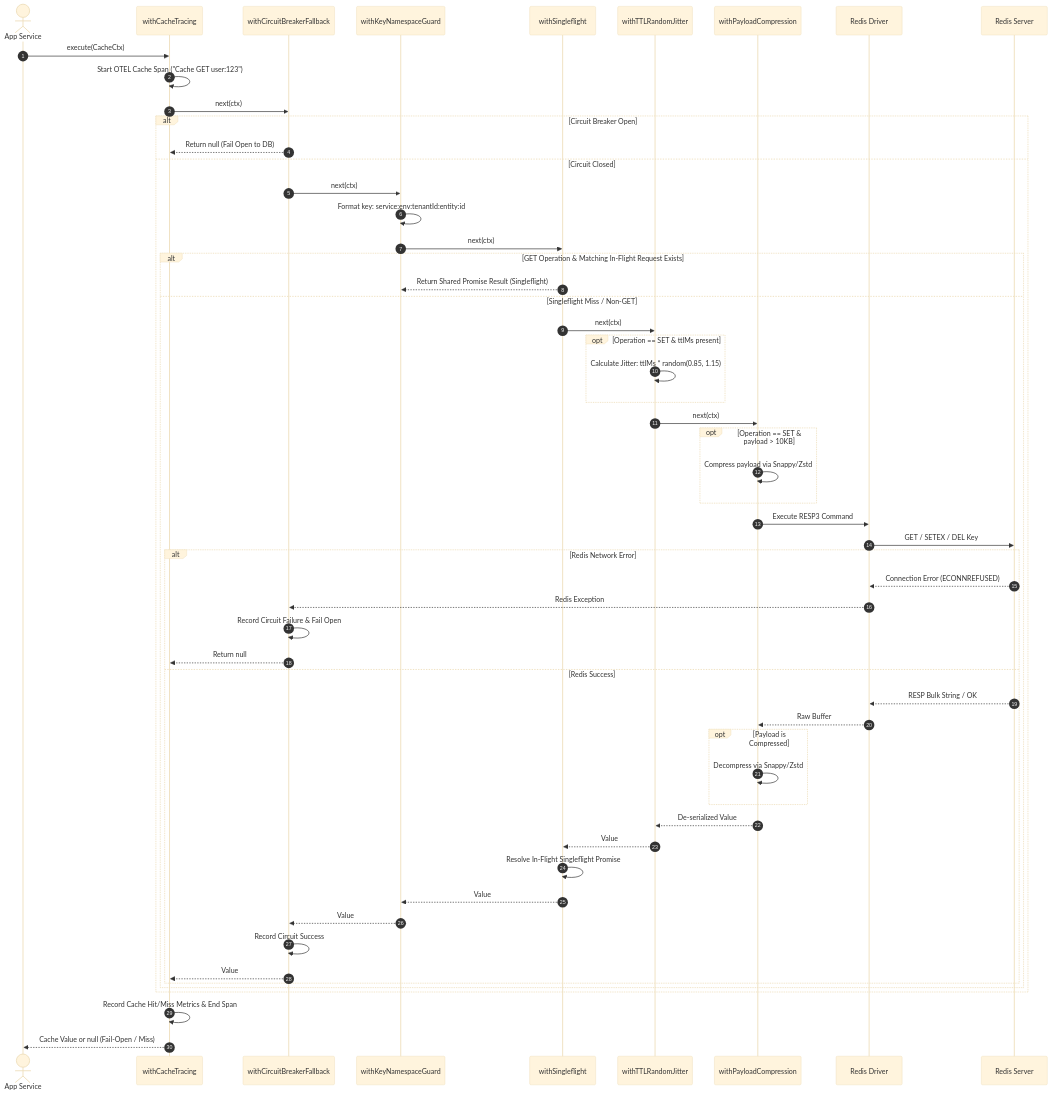
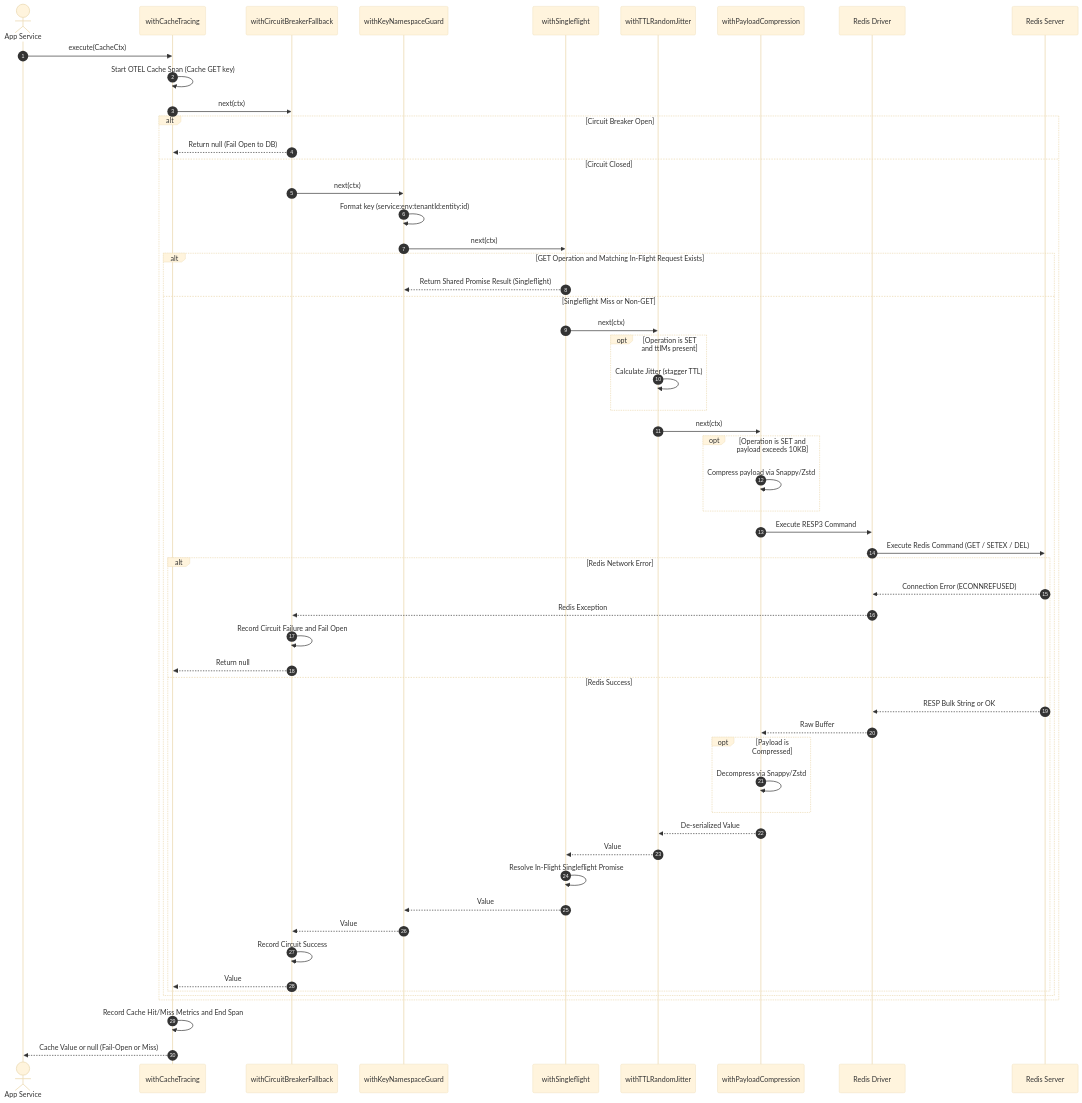
Before and after one commit to Chief-Strategist-J/llm-observability-platform: the third of 3 diagrams in policies/rules/codeQuality/middleware/cache-redis-middleware.md, drawn with Mermaid (base theme). The commit also changed other lines of this file and 5 other files, not shown here.

Commit message:
fix(docs): resolve Mermaid rendering syntax errors in all 6 middleware reference sequence diagrams

````diff
--- a/policies/rules/codeQuality/middleware/cache-redis-middleware.md
+++ b/policies/rules/codeQuality/middleware/cache-redis-middleware.md
@@ -118,59 +118,59 @@
 ```mermaid
 sequenceDiagram
     autonumber
     actor Service as App Service
     participant Tracing as withCacheTracing
     participant CB as withCircuitBreakerFallback
     participant NS as withKeyNamespaceGuard
     participant SF as withSingleflight
     participant Jitter as withTTLRandomJitter
     participant Comp as withPayloadCompression
     participant Driver as Redis Driver
     participant Redis as Redis Server
 
     Service->>Tracing: execute(CacheCtx)
-    Tracing->>Tracing: Start OTEL Cache Span ("Cache GET user:123")
+    Tracing->>Tracing: Start OTEL Cache Span (Cache GET key)
     Tracing->>CB: next(ctx)
     alt Circuit Breaker Open
         CB-->>Tracing: Return null (Fail Open to DB)
     else Circuit Closed
         CB->>NS: next(ctx)
-        NS->>NS: Format key: service:env:tenantId:entity:id
+        NS->>NS: Format key (service:env:tenantId:entity:id)
         NS->>SF: next(ctx)
-        alt GET Operation & Matching In-Flight Request Exists
+        alt GET Operation and Matching In-Flight Request Exists
             SF-->>NS: Return Shared Promise Result (Singleflight)
-        else Singleflight Miss / Non-GET
+        else Singleflight Miss or Non-GET
             SF->>Jitter: next(ctx)
-            opt Operation == SET & ttlMs present
-                Jitter->>Jitter: Calculate Jitter: ttlMs * random(0.85, 1.15)
+            opt Operation is SET and ttlMs present
+                Jitter->>Jitter: Calculate Jitter (stagger TTL)
             end
             Jitter->>Comp: next(ctx)
-            opt Operation == SET & payload > 10KB
+            opt Operation is SET and payload exceeds 10KB
                 Comp->>Comp: Compress payload via Snappy/Zstd
             end
             Comp->>Driver: Execute RESP3 Command
-            Driver->>Redis: GET / SETEX / DEL Key
+            Driver->>Redis: Execute Redis Command (GET / SETEX / DEL)
             alt Redis Network Error
                 Redis-->>Driver: Connection Error (ECONNREFUSED)
                 Driver-->>CB: Redis Exception
-                CB->>CB: Record Circuit Failure & Fail Open
+                CB->>CB: Record Circuit Failure and Fail Open
                 CB-->>Tracing: Return null
             else Redis Success
-                Redis-->>Driver: RESP Bulk String / OK
+                Redis-->>Driver: RESP Bulk String or OK
                 Driver-->>Comp: Raw Buffer
                 opt Payload is Compressed
                     Comp->>Comp: Decompress via Snappy/Zstd
                 end
                 Comp-->>Jitter: De-serialized Value
                 Jitter-->>SF: Value
                 SF->>SF: Resolve In-Flight Singleflight Promise
                 SF-->>NS: Value
                 NS-->>CB: Value
                 CB->>CB: Record Circuit Success
                 CB-->>Tracing: Value
             end
         end
     end
-    Tracing->>Tracing: Record Cache Hit/Miss Metrics & End Span
-    Tracing-->>Service: Cache Value or null (Fail-Open / Miss)
+    Tracing->>Tracing: Record Cache Hit/Miss Metrics and End Span
+    Tracing-->>Service: Cache Value or null (Fail-Open or Miss)
 ```
````
